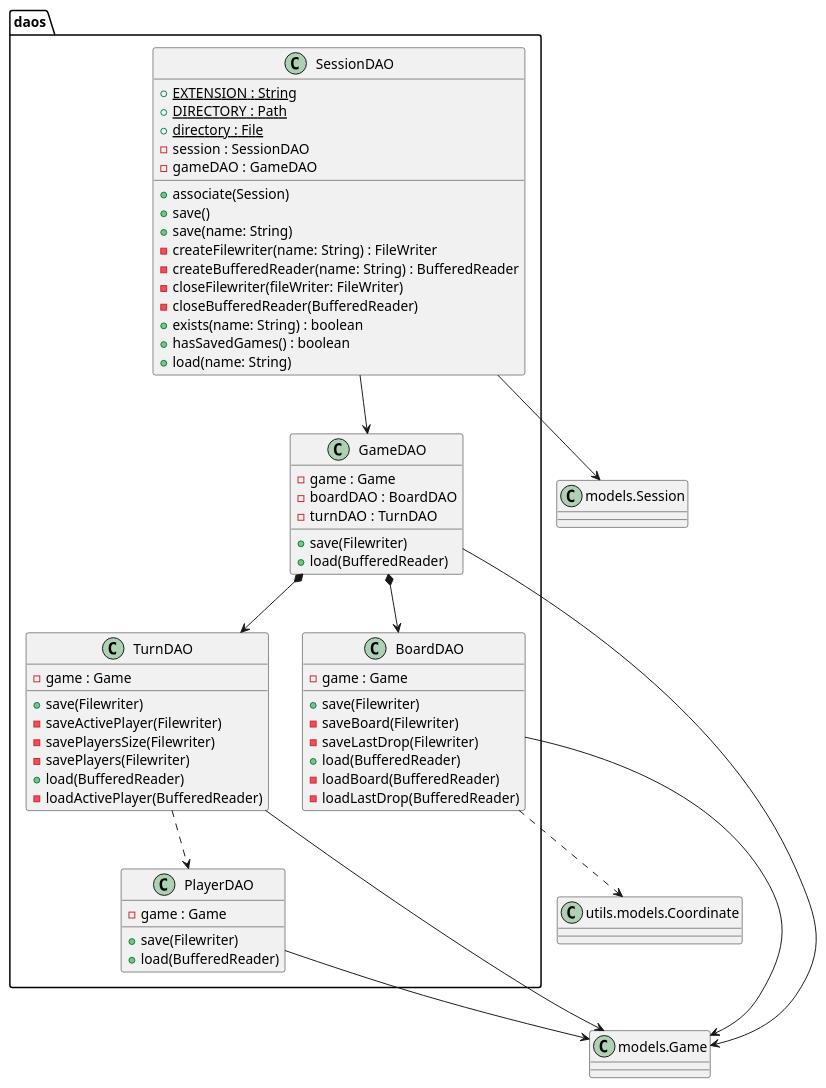
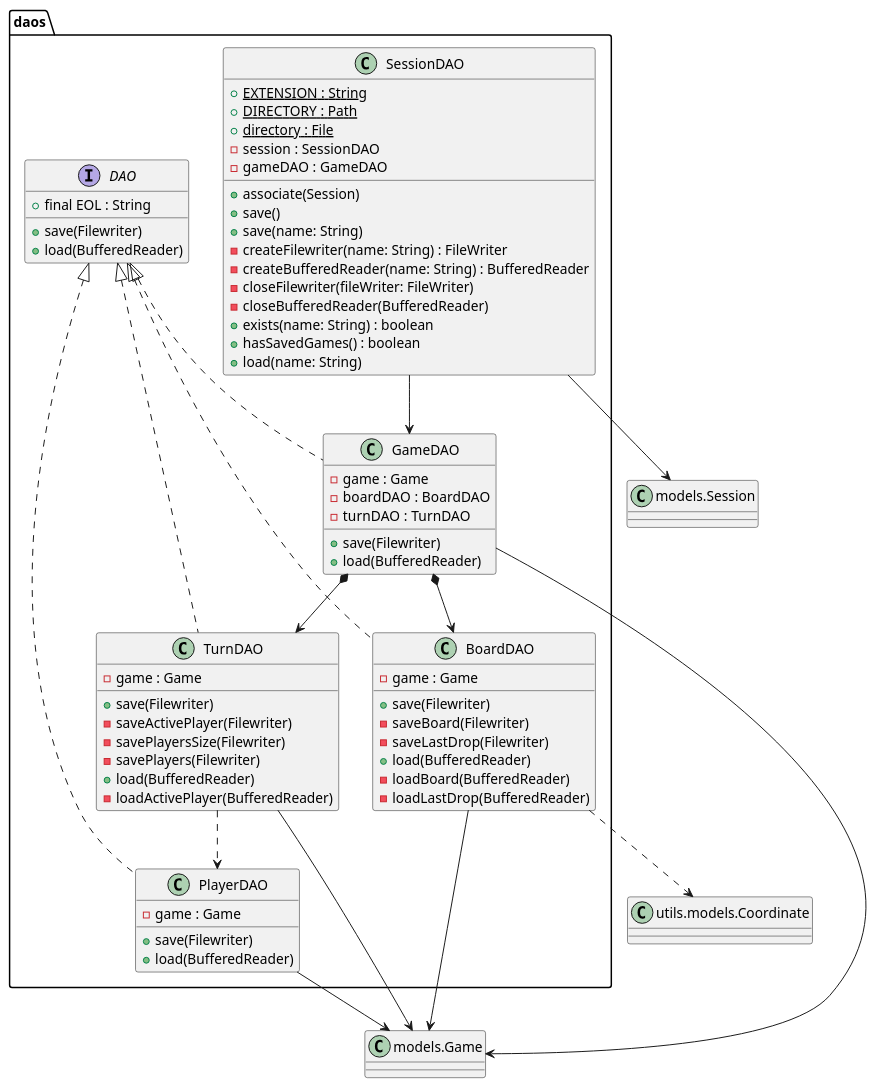
The diagram in connect4/Docs/diagrams/src/packages/connect4.connect4.daos.plantuml (js-rom/connect4), drawn with PlantUML before and after one commit. The commit also changed 1 other file, not shown here.

Commit message:
refactor DAO #8

```diff
--- a/connect4/Docs/diagrams/src/packages/connect4.connect4.daos.plantuml
+++ b/connect4/Docs/diagrams/src/packages/connect4.connect4.daos.plantuml
@@ -1,78 +1,88 @@
 @startuml connect4.connect4.daos
 
 class Session as "models.Session"
 class Game as "models.Game"
 class Coordinate as "utils.models.Coordinate"
 
 class daos.SessionDAO {
 
 + {static} EXTENSION : String
 + {static} DIRECTORY : Path
 + {static} directory : File
 - session : SessionDAO
 - gameDAO : GameDAO
 + associate(Session)
 + save()
 + save(name: String)
 - createFilewriter(name: String) : FileWriter
 - createBufferedReader(name: String) : BufferedReader
 - closeFilewriter(fileWriter: FileWriter)
 - closeBufferedReader(BufferedReader)
 + exists(name: String) : boolean
 + hasSavedGames() : boolean
 + load(name: String)
 
+}
+
+interface daos.DAO {
+    + final EOL : String
+    + save(Filewriter)
+    + load(BufferedReader)
 }
 
 class daos.GameDAO {
 
    - game : Game
    - boardDAO : BoardDAO
    - turnDAO : TurnDAO
    + save(Filewriter)
    + load(BufferedReader)
 }
 
 
 class daos.BoardDAO {
 
     - game : Game
     + save(Filewriter)
     - saveBoard(Filewriter)
     - saveLastDrop(Filewriter)
     + load(BufferedReader)
     - loadBoard(BufferedReader)
     - loadLastDrop(BufferedReader)
 }
 
 
 class daos.TurnDAO {
 
     - game : Game
     + save(Filewriter)
     - saveActivePlayer(Filewriter)
     - savePlayersSize(Filewriter)
     - savePlayers(Filewriter)
     + load(BufferedReader)
     - loadActivePlayer(BufferedReader)
 }
 
 class daos.PlayerDAO {
 
     - game : Game
     + save(Filewriter)
     + load(BufferedReader)
 }
 
 SessionDAO --> Session
 SessionDAO --> GameDAO
+DAO <|.. GameDAO
+DAO <|.. BoardDAO
+DAO <|.. TurnDAO
+DAO <|.. PlayerDAO
 GameDAO --> Game
 GameDAO *--> BoardDAO
 GameDAO *--> TurnDAO
 BoardDAO ..> Coordinate
 TurnDAO ..> PlayerDAO
 BoardDAO --> Game
 TurnDAO --> Game
 PlayerDAO --> Game
 
 @enduml
```
